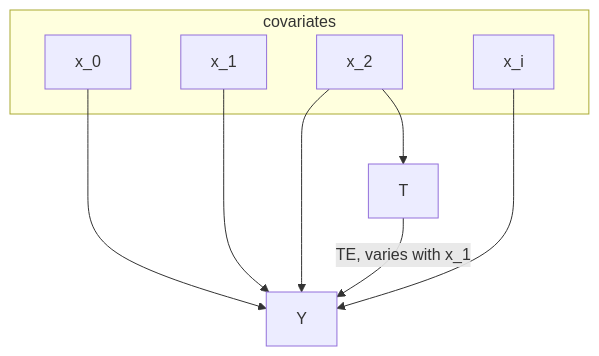
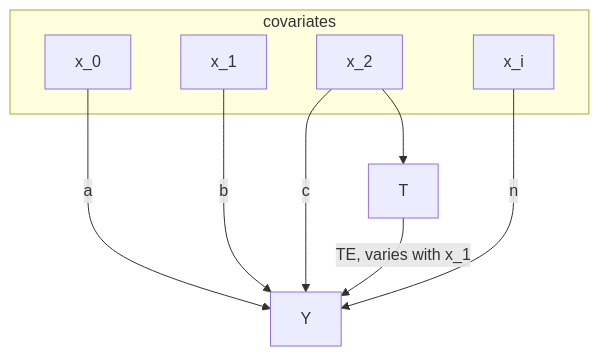
One commit to leowu4ever/causal-inference changed the diagram in diagrams/causal_forest.md. Above: the diagram before and after it, drawn with Mermaid. The commit also changed 1 other file, not shown here.

Commit message:
- update diagram

````diff
--- a/diagrams/causal_forest.md
+++ b/diagrams/causal_forest.md
@@ -1,17 +1,17 @@
 ```mermaid
 flowchart
 subgraph covariates
 x0[x_0]
 x1[x_1]
 x2[x_2]
 xi[x_i]
 end
-x0-->y
-x1-->y
-x2-->y
-xi-->y
+x0--a-->y
+x1--b-->y
+x2--c-->y
+xi--n-->y
 y[Y]
 t[T]
 t-- TE, varies with x_1 -->y
 x2-->t
 ```
````
